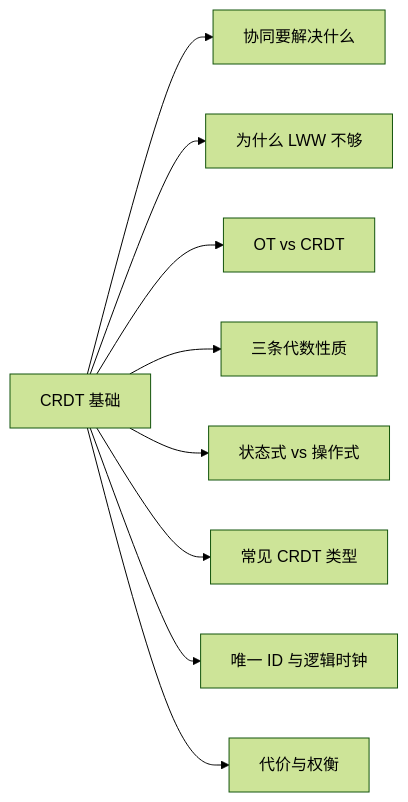
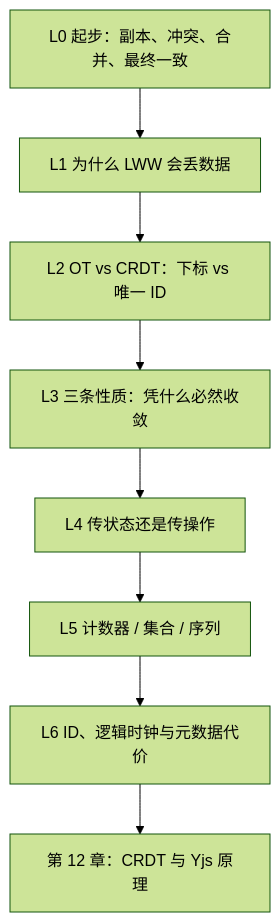
The first of 5 diagrams in learning-guide/slides/decks/08.md (lfire/AFFiNE), drawn with Mermaid (forest theme) before and after one commit. The commit also changed other lines of this file and 6 other files, not shown here.

````diff
--- a/learning-guide/slides/decks/08.md
+++ b/learning-guide/slides/decks/08.md
@@ -27,11 +27,10 @@
 ```mermaid
-flowchart LR
-  A["CRDT 基础"] --> B["协同要解决什么"]
-  A --> C["为什么 LWW 不够"]
-  A --> D["OT vs CRDT"]
-  A --> E["三条代数性质"]
-  A --> F["状态式 vs 操作式"]
-  A --> G["常见 CRDT 类型"]
-  A --> H["唯一 ID 与逻辑时钟"]
-  A --> I["代价与权衡"]
+flowchart TD
+  L0["L0 起步：副本、冲突、合并、最终一致"] --> L1["L1 为什么 LWW 会丢数据"]
+  L1 --> L2["L2 OT vs CRDT：下标 vs 唯一 ID"]
+  L2 --> L3["L3 三条性质：凭什么必然收敛"]
+  L3 --> L4["L4 传状态还是传操作"]
+  L4 --> L5["L5 计数器 / 集合 / 序列"]
+  L5 --> L6["L6 ID、逻辑时钟与元数据代价"]
+  L6 --> N["第 12 章：CRDT 与 Yjs 原理"]
 ```
````
